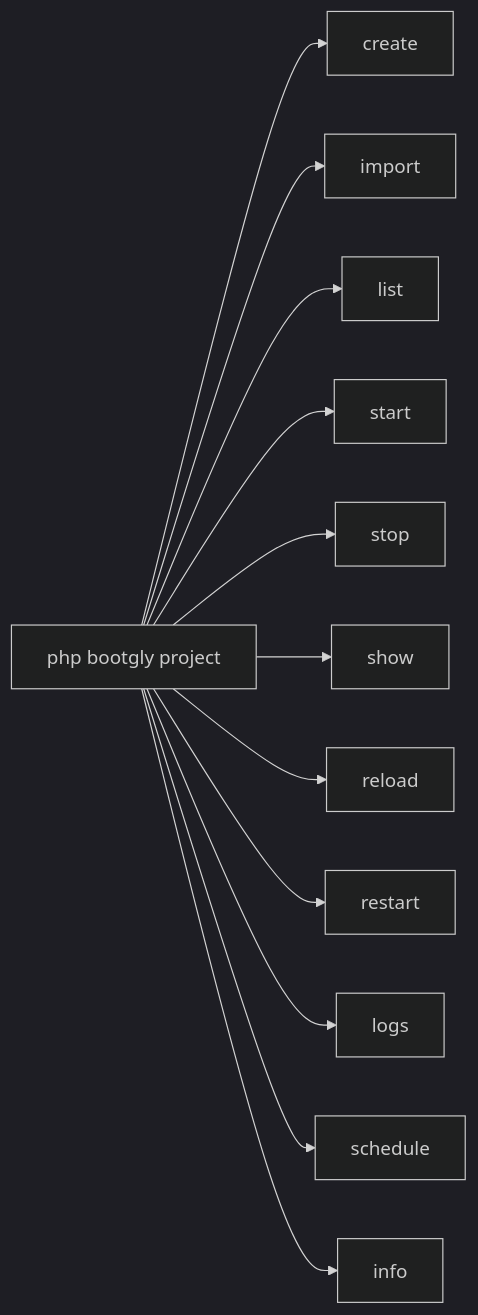
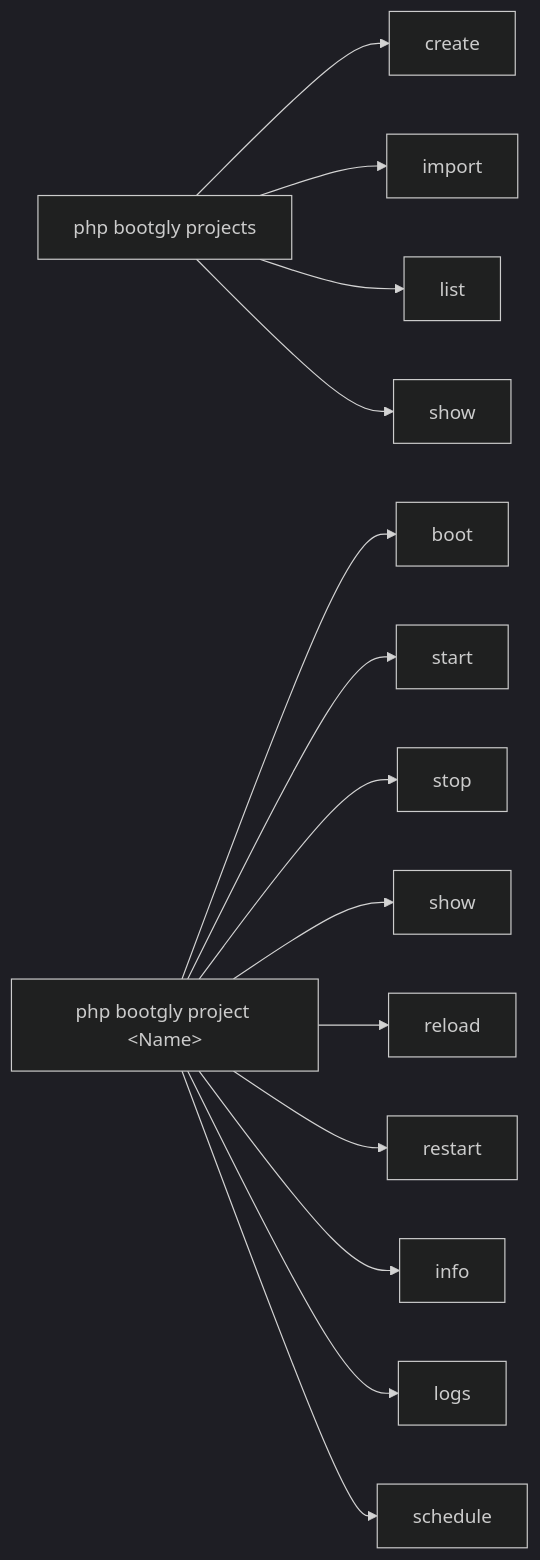
Before and after one commit to bootgly/bootgly_docs: the first of 2 diagrams in src/pages/manual/Bootgly/essential/projects.overview.pt-BR.md, drawn with Mermaid (dark theme). The commit also changed other lines of this file and 23 other files, not shown here.

````diff
--- a/src/pages/manual/Bootgly/essential/projects.overview.pt-BR.md
+++ b/src/pages/manual/Bootgly/essential/projects.overview.pt-BR.md
@@ -135,15 +135,18 @@
 ```mermaid
 graph LR
-  project["php bootgly project"]
-  project --> create["create"]
-  project --> import["import"]
-  project --> list["list"]
+  projects["php bootgly projects"]
+  projects --> create["create"]
+  projects --> import["import"]
+  projects --> list["list"]
+  projects --> ps["show"]
+  project["php bootgly project &lt;Name&gt;"]
+  project --> boot["boot"]
   project --> start["start"]
   project --> stop["stop"]
   project --> show["show"]
   project --> reload["reload"]
   project --> restart["restart"]
+  project --> info["info"]
   project --> logs["logs"]
   project --> schedule["schedule"]
-  project --> info["info"]
 ```
````
